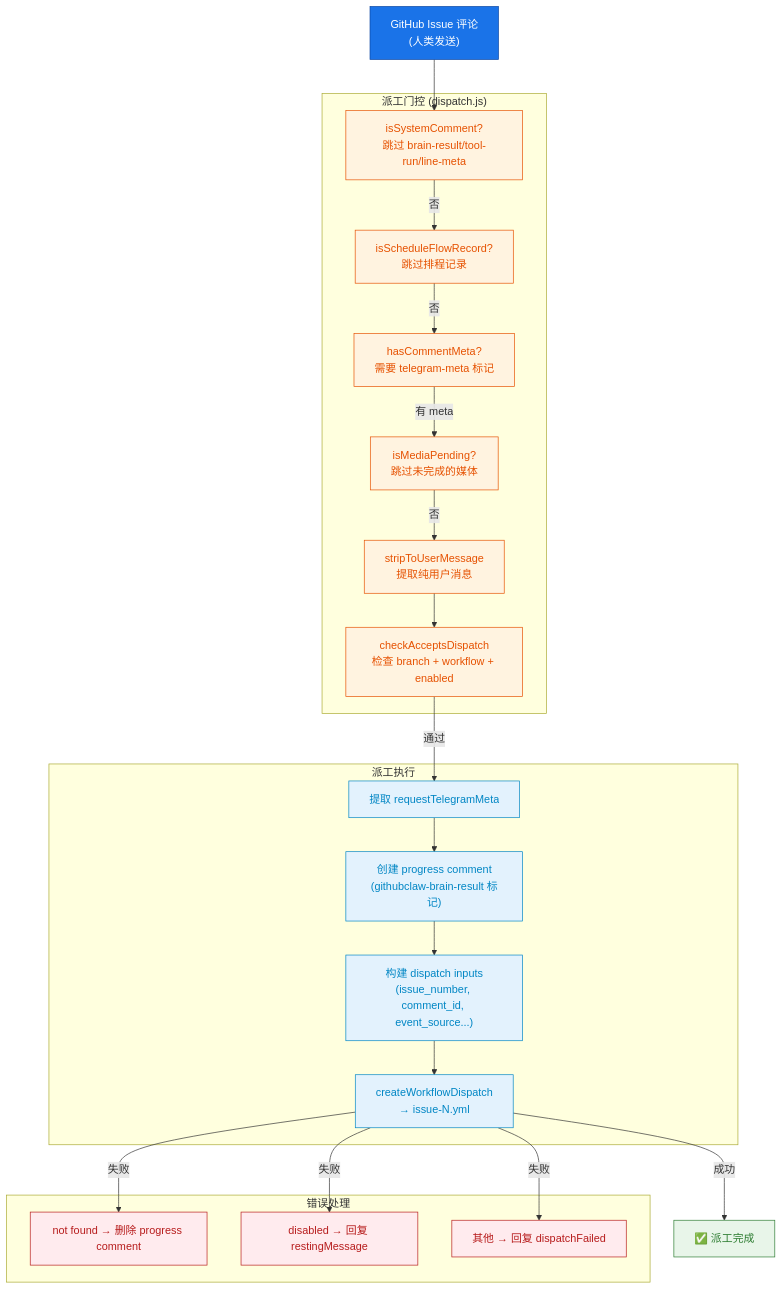
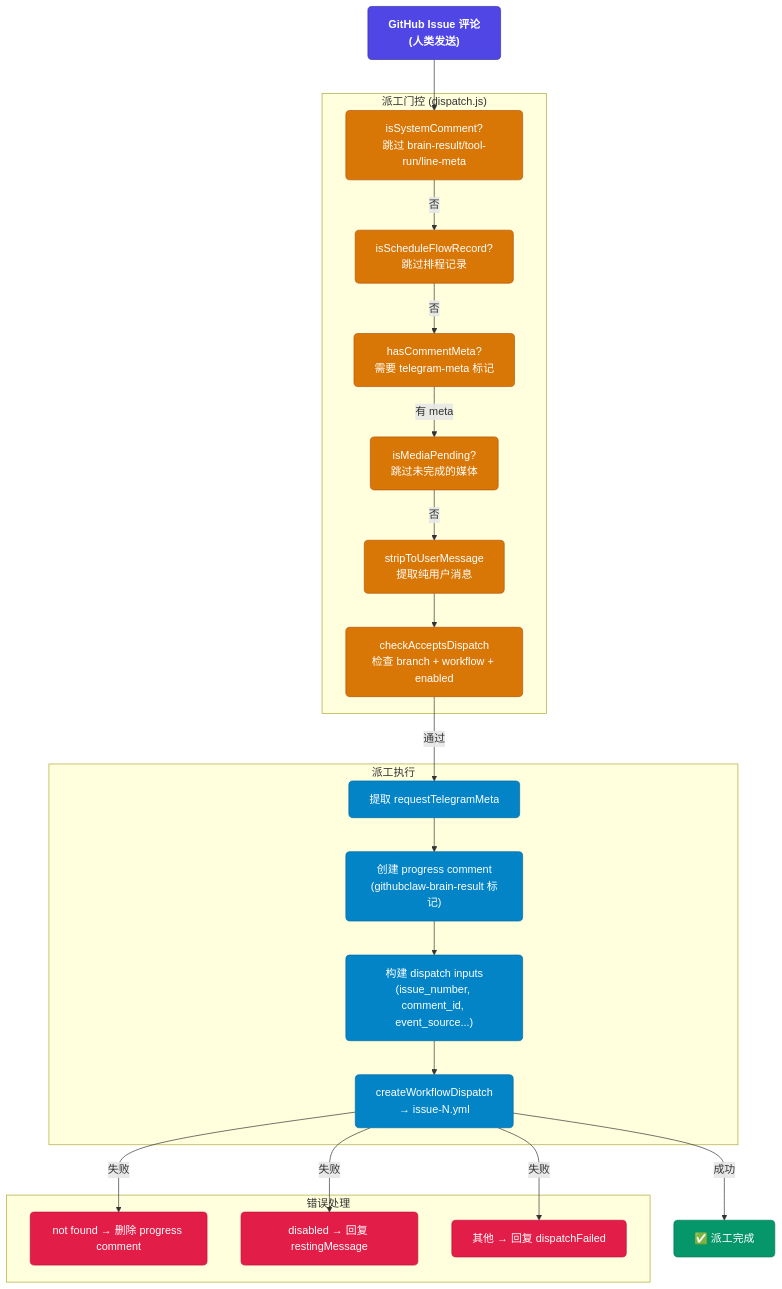
One commit to jeffsia-blacksmith/altShiftClawCore changed the fifth of 11 diagrams in src/ARCHITECTURE.md. Above: the diagram before and after it, drawn with Mermaid. The commit also changed other lines of this file and 30 other files, not shown here.

````diff
--- a/src/ARCHITECTURE.md
+++ b/src/ARCHITECTURE.md
@@ -296,37 +295,37 @@
 ```mermaid
 flowchart TB
-    classDef input fill:#1a73e8,stroke:#0d47a1,color:#fff
-    classDef gate fill:#fff3e0,stroke:#e65100,color:#e65100
-    classDef exec fill:#e3f2fd,stroke:#0086c4,color:#0086c4
-    classDef ok fill:#e8f5e9,stroke:#2e7d32,color:#2e7d32
-    classDef err fill:#ffebee,stroke:#b71c1c,color:#b71c1c
+    classDef input fill:#4f46e5,stroke:#3730a3,color:#fff,font-weight:bold,rx:6px
+    classDef gate fill:#d97706,stroke:#b45309,color:#fff,rx:6px
+    classDef exec fill:#0284c7,stroke:#0369a1,color:#fff,rx:6px
+    classDef ok fill:#059669,stroke:#047857,color:#fff,rx:6px
+    classDef err fill:#e11d48,stroke:#be123c,color:#fff,rx:6px
 
     COMMENT["GitHub Issue 评论<br/>(人类发送)"]:::input
 
     subgraph "派工门控 (dispatch.js)"
         G1["isSystemComment?<br/>跳过 brain-result/tool-run/line-meta"]:::gate
         G2["isScheduleFlowRecord?<br/>跳过排程记录"]:::gate
         G3["hasCommentMeta?<br/>需要 telegram-meta 标记"]:::gate
         G4["isMediaPending?<br/>跳过未完成的媒体"]:::gate
         G5["stripToUserMessage<br/>提取纯用户消息"]:::gate
         G6["checkAcceptsDispatch<br/>检查 branch + workflow + enabled"]:::gate
     end
 
     subgraph "派工执行"
         D1["提取 requestTelegramMeta"]:::exec
         D2["创建 progress comment<br/>(githubclaw-brain-result 标记)"]:::exec
         D3["构建 dispatch inputs<br/>(issue_number, comment_id, event_source...)"]:::exec
         D4["createWorkflowDispatch<br/>→ issue-N.yml"]:::exec
     end
 
     subgraph "错误处理"
         E1["not found → 删除 progress comment"]:::err
         E2["disabled → 回复 restingMessage"]:::err
         E3["其他 → 回复 dispatchFailed"]:::err
     end
 
     COMMENT --> G1 -->|否| G2 -->|否| G3 -->|有 meta| G4 -->|否| G5 --> G6
     G6 -->|通过| D1 --> D2 --> D3 --> D4
     D4 -->|成功| OK["✅ 派工完成"]:::ok
     D4 -->|失败| E1 & E2 & E3
 ```
````
